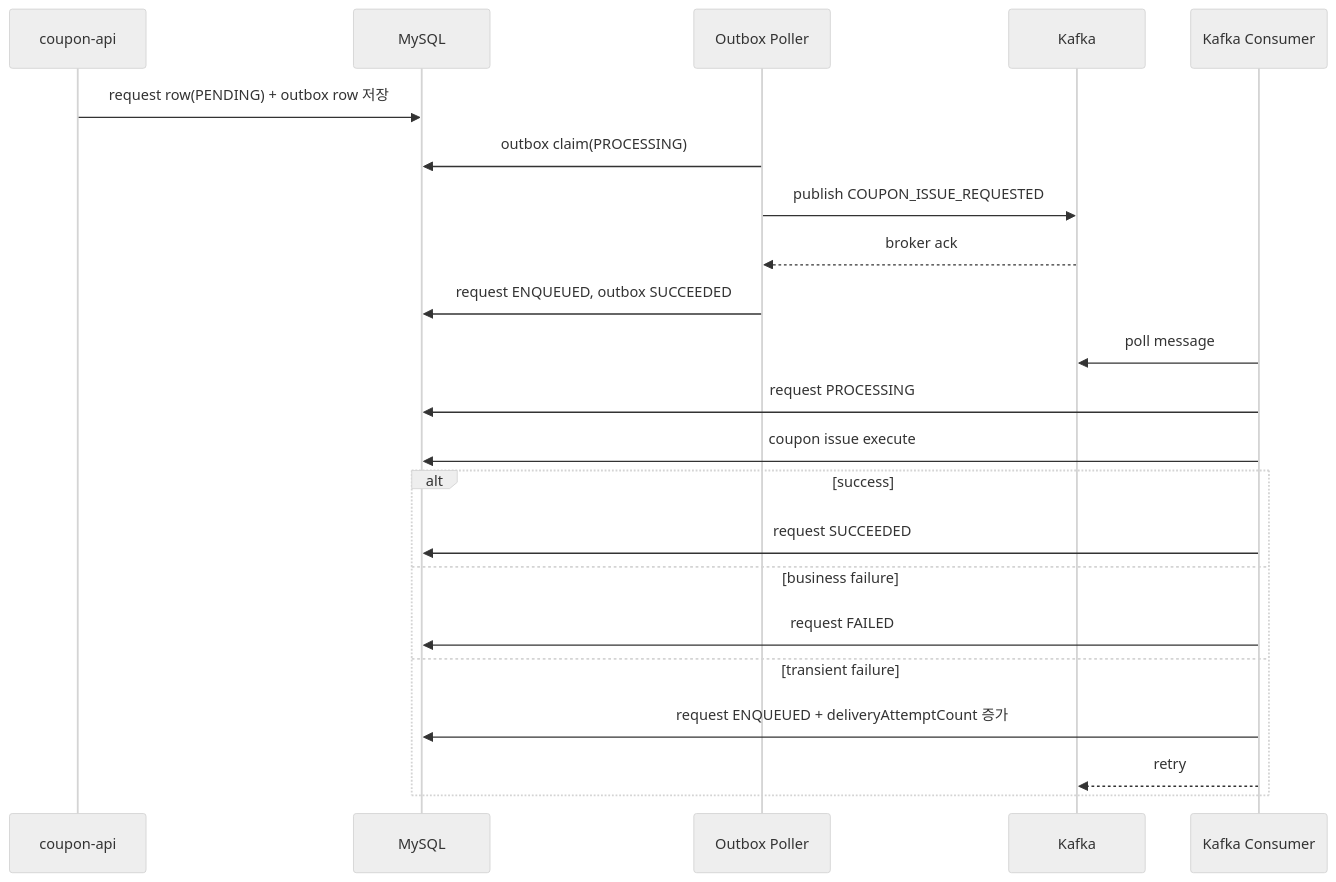
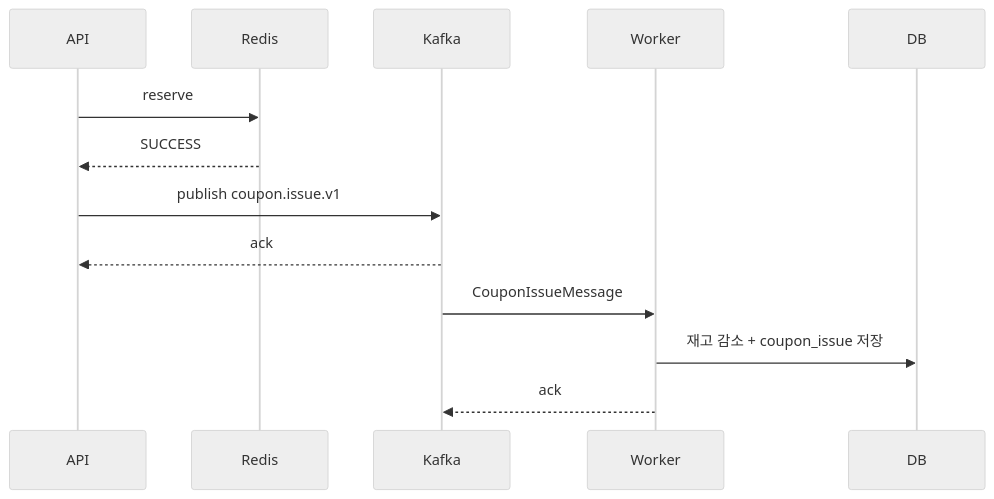
One commit to char-labs/coupon-system-design-kt changed the diagram in coupon/coupon-worker/docs/phase-5-kafka-relay-and-consumer.md. Above: the diagram before and after it, drawn with Mermaid (neutral theme). The commit also changed other lines of this file and 12 other files, not shown here.

Commit message:
[Docs] Refresh Kafka and load-test guides for the current issue flow

````diff
--- a/coupon/coupon-worker/docs/phase-5-kafka-relay-and-consumer.md
+++ b/coupon/coupon-worker/docs/phase-5-kafka-relay-and-consumer.md
@@ -45,25 +31,16 @@
 ```mermaid
 sequenceDiagram
-    participant API as coupon-api
-    participant DB as MySQL
-    participant OUTBOX as Outbox Poller
-    participant KAFKA as Kafka
-    participant CONSUMER as Kafka Consumer
+    participant API
+    participant Redis
+    participant Kafka
+    participant Worker
+    participant DB
 
-    API->>DB: request row(PENDING) + outbox row 저장
-    OUTBOX->>DB: outbox claim(PROCESSING)
-    OUTBOX->>KAFKA: publish COUPON_ISSUE_REQUESTED
-    KAFKA-->>OUTBOX: broker ack
-    OUTBOX->>DB: request ENQUEUED, outbox SUCCEEDED
-    CONSUMER->>KAFKA: poll message
-    CONSUMER->>DB: request PROCESSING
-    CONSUMER->>DB: coupon issue execute
-    alt success
-        CONSUMER->>DB: request SUCCEEDED
-    else business failure
-        CONSUMER->>DB: request FAILED
-    else transient failure
-        CONSUMER->>DB: request ENQUEUED + deliveryAttemptCount 증가
-        CONSUMER-->>KAFKA: retry
-    end
+    API->>Redis: reserve
+    Redis-->>API: SUCCESS
+    API->>Kafka: publish coupon.issue.v1
+    Kafka-->>API: ack
+    Kafka->>Worker: CouponIssueMessage
+    Worker->>DB: 재고 감소 + coupon_issue 저장
+    Worker-->>Kafka: ack
 ```
````
